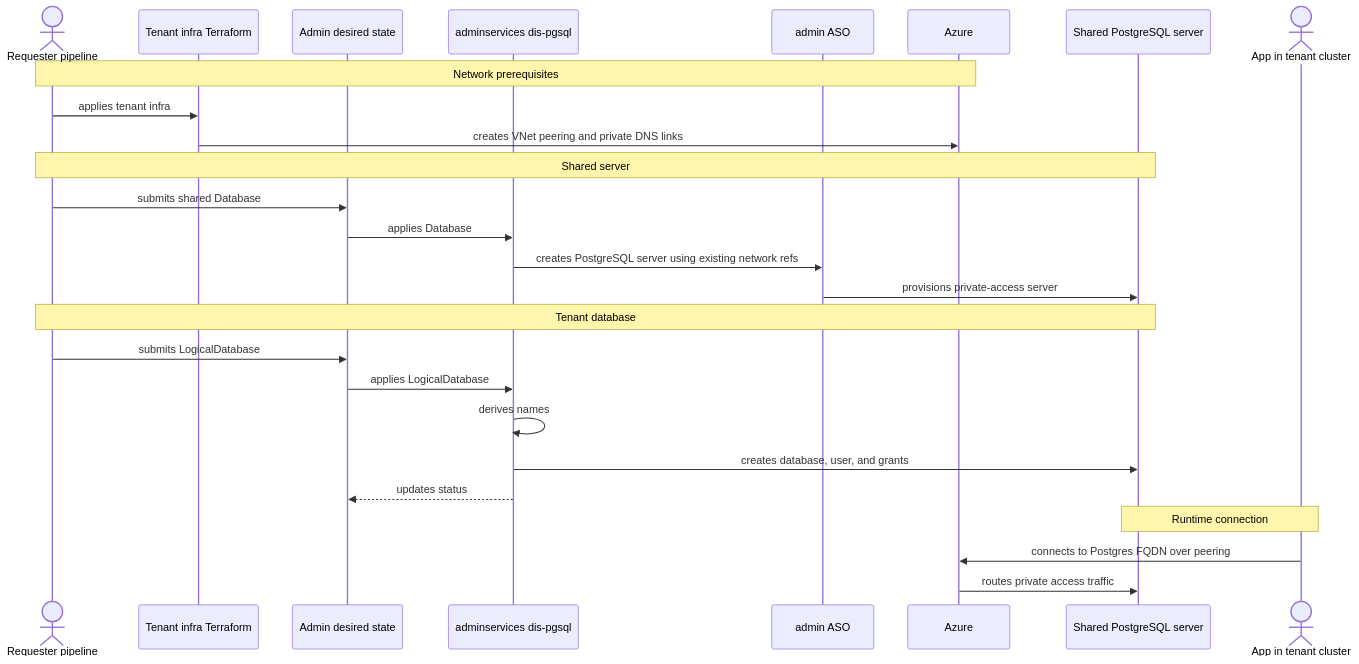
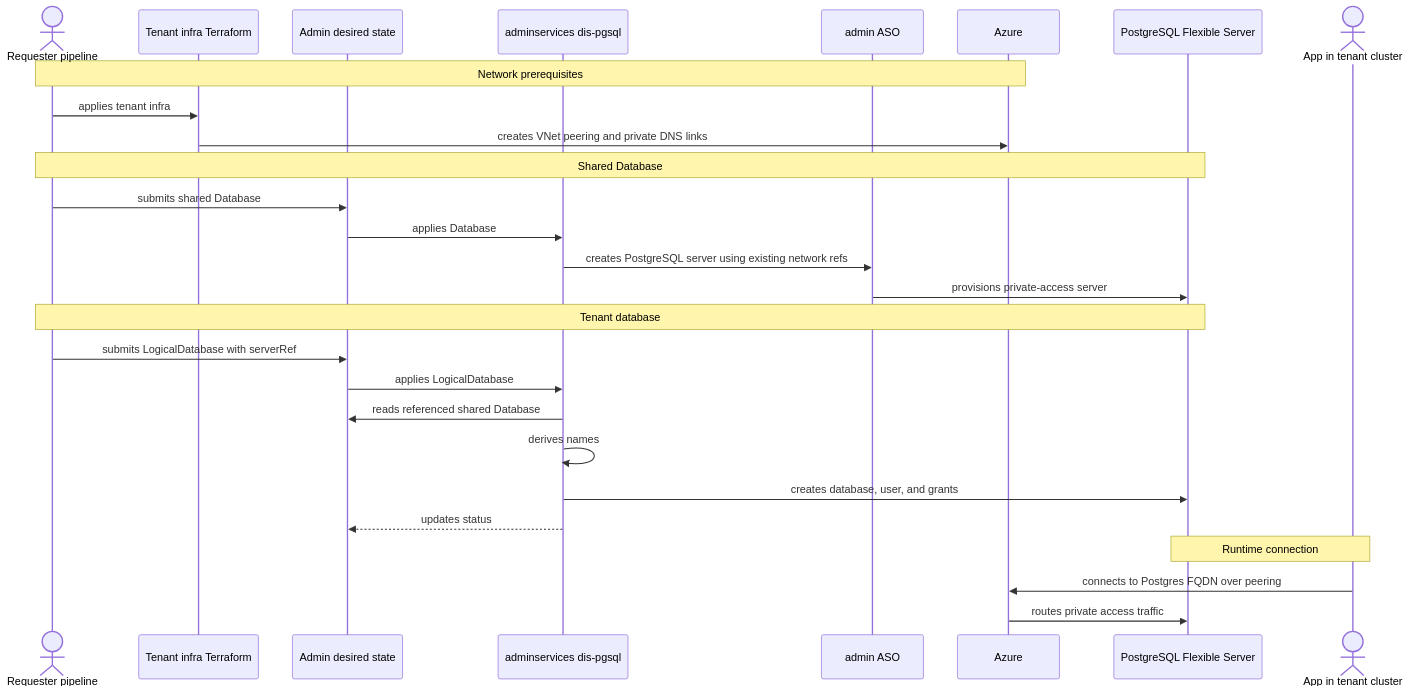
One commit to Altinn/altinn-platform changed the diagram in rfcs/0013-multitenant-dis-databases.md. Above: the diagram before and after it, drawn with Mermaid. The commit also changed other lines of this file, not shown here.

Commit message:
rfc: clarify logical database targeting

````diff
--- a/rfcs/0013-multitenant-dis-databases.md
+++ b/rfcs/0013-multitenant-dis-databases.md
@@ -45,32 +47,33 @@
 ```mermaid
 sequenceDiagram
     actor Requester as Requester pipeline
     participant Infra as Tenant infra Terraform
     participant DesiredState as Admin desired state
     participant Operator as adminservices dis-pgsql
     participant ASO as admin ASO
     participant Network as Azure
-    participant Postgres as Shared PostgreSQL server
+    participant Postgres as PostgreSQL Flexible Server
     actor App as App in tenant cluster
 
     Note over Requester,Network: Network prerequisites
     Requester->>Infra: applies tenant infra
     Infra->>Network: creates VNet peering and private DNS links
 
-    Note over Requester,Postgres: Shared server
+    Note over Requester,Postgres: Shared Database
     Requester->>DesiredState: submits shared Database
     DesiredState->>Operator: applies Database
     Operator->>ASO: creates PostgreSQL server using existing network refs
     ASO->>Postgres: provisions private-access server
 
     Note over Requester,Postgres: Tenant database
-    Requester->>DesiredState: submits LogicalDatabase
+    Requester->>DesiredState: submits LogicalDatabase with serverRef
     DesiredState->>Operator: applies LogicalDatabase
+    Operator->>DesiredState: reads referenced shared Database
     Operator->>Operator: derives names
     Operator->>Postgres: creates database, user, and grants
     Operator-->>DesiredState: updates status
 
     Note over App,Postgres: Runtime connection
     App->>Network: connects to Postgres FQDN over peering
     Network->>Postgres: routes private access traffic
 ```
````
